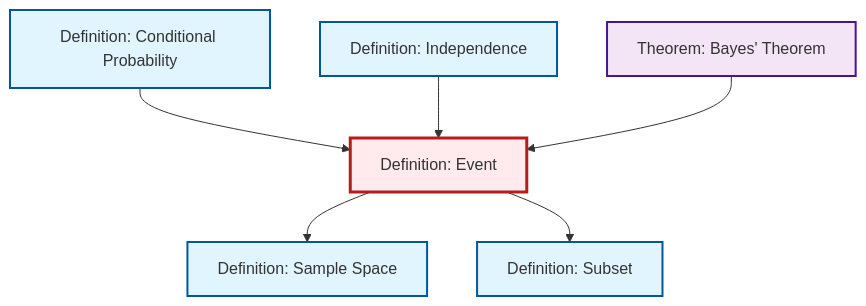
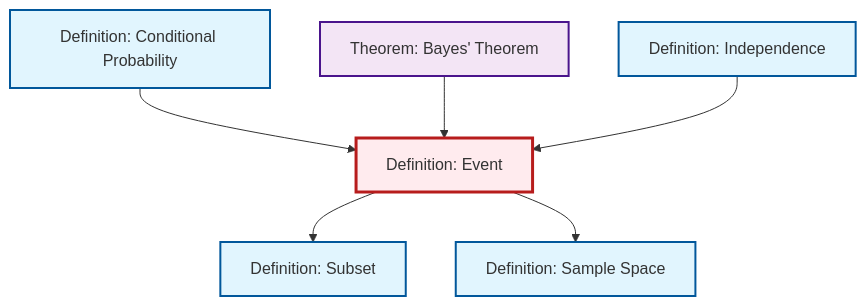
Before and after one commit to RK0429/ModernMath: the diagram in content/en/probability-statistics/def-event.qmd, drawn with Mermaid. The commit also changed other lines of this file and 531 other files, not shown here.

````diff
--- a/content/en/probability-statistics/def-event.qmd
+++ b/content/en/probability-statistics/def-event.qmd
@@ -69,26 +69,26 @@
 ```{mermaid}
 %%| fig-cap: "Local dependency graph"
 graph TD
     classDef definition fill:#e1f5fe,stroke:#01579b,stroke-width:2px
     classDef theorem fill:#f3e5f5,stroke:#4a148c,stroke-width:2px
     classDef axiom fill:#fff3e0,stroke:#e65100,stroke-width:2px
     classDef example fill:#e8f5e9,stroke:#1b5e20,stroke-width:2px
     classDef current fill:#ffebee,stroke:#b71c1c,stroke-width:3px
+    thm-bayes["Theorem: Bayes' Theorem"]:::theorem
+    def-sample-space["Definition: Sample Space"]:::definition
+    def-event["Definition: Event"]:::definition
+    def-conditional-probability["Definition: Conditional Probability"]:::definition
+    def-independence["Definition: Independence"]:::definition
     def-subset["Definition: Subset"]:::definition
-    def-conditional-probability["Definition: Conditional Probability"]:::definition
-    def-event["Definition: Event"]:::definition
-    def-sample-space["Definition: Sample Space"]:::definition
-    thm-bayes["Theorem: Bayes' Theorem"]:::theorem
-    def-independence["Definition: Independence"]:::definition
+    def-event --> def-subset
+    def-event --> def-sample-space
     def-conditional-probability --> def-event
+    thm-bayes --> def-event
     def-independence --> def-event
-    thm-bayes --> def-event
-    def-event --> def-sample-space
-    def-event --> def-subset
     class def-event current
+    click thm-bayes "thm-bayes.html" "Go to Bayes' Theorem theorem"
+    click def-sample-space "def-sample-space.html" "Go to Sample Space definition"
+    click def-conditional-probability "def-conditional-probability.html" "Go to Conditional Probability definition"
+    click def-independence "def-independence.html" "Go to Independence definition"
     click def-subset "def-subset.html" "Go to Subset definition"
-    click def-conditional-probability "def-conditional-probability.html" "Go to Conditional Probability definition"
-    click def-sample-space "def-sample-space.html" "Go to Sample Space definition"
-    click thm-bayes "thm-bayes.html" "Go to Bayes' Theorem theorem"
-    click def-independence "def-independence.html" "Go to Independence definition"
 ```
````
